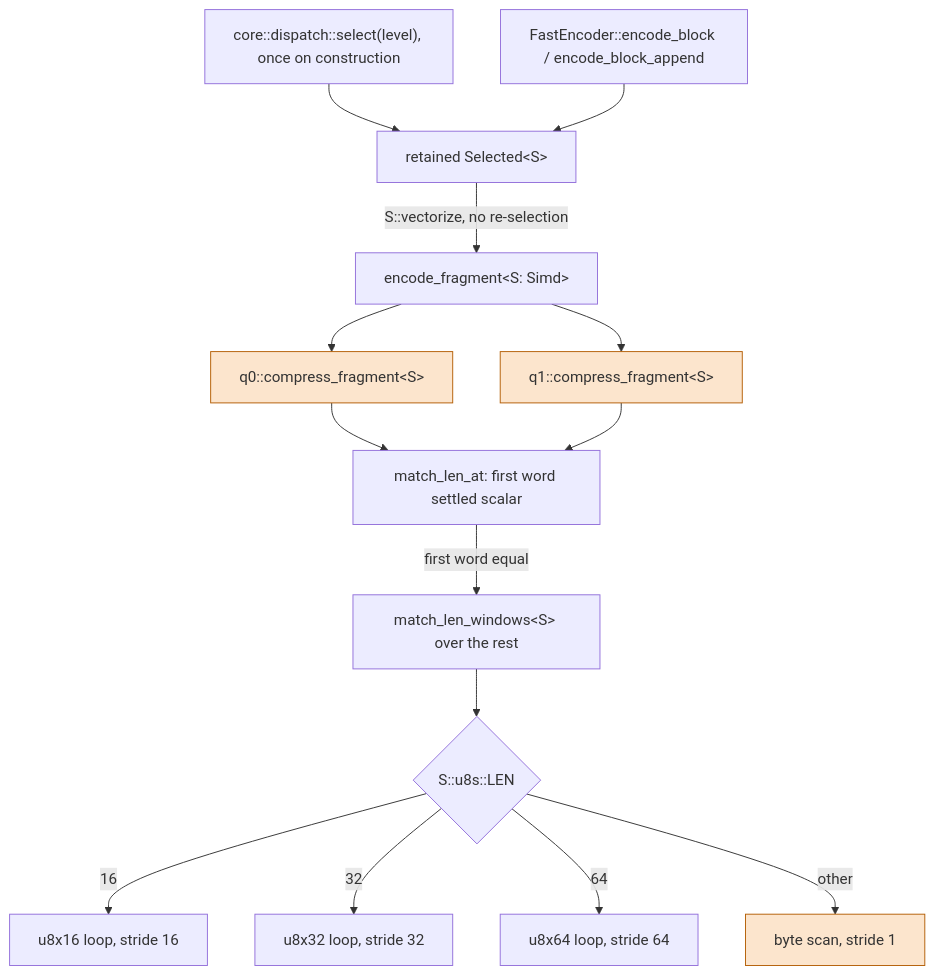
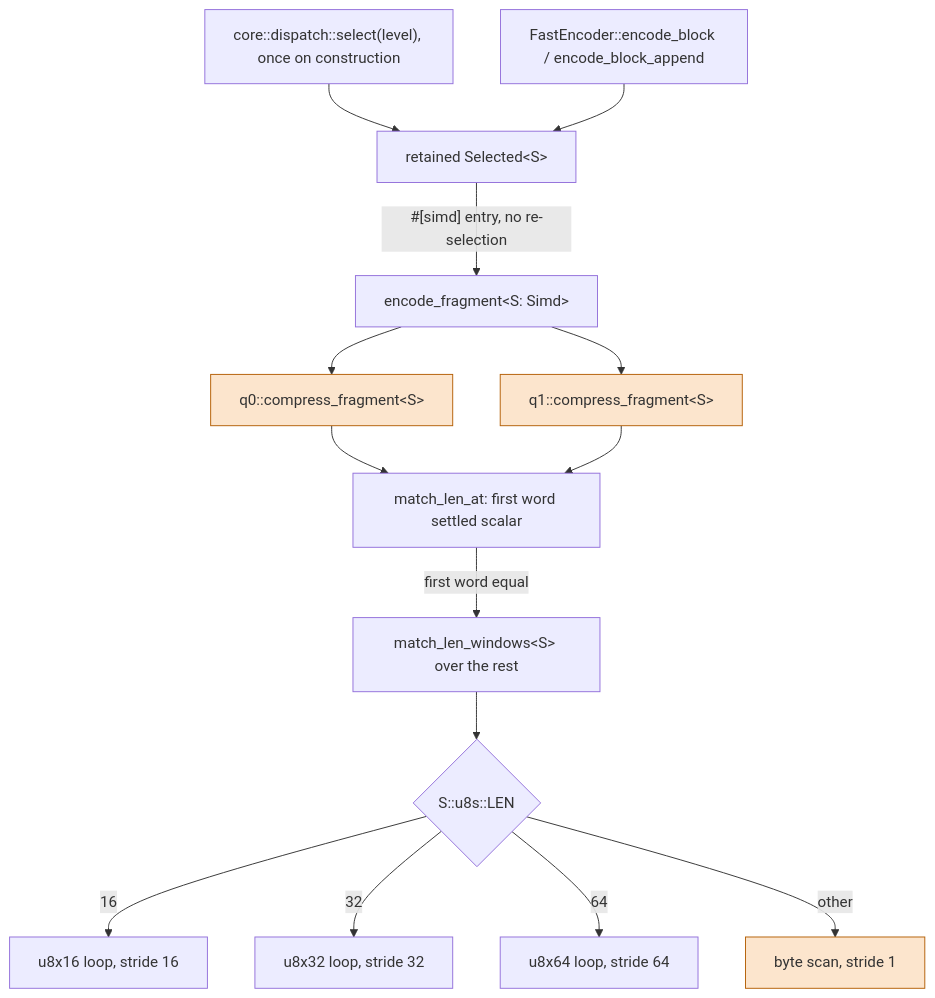
Before and after one commit to M-Compressors/mbrotli: the ninth of 10 diagrams in architecture/fast-encoder.md, drawn with Mermaid. The commit also changed other lines of this file and 21 other files, not shown here.

````diff
--- a/architecture/fast-encoder.md
+++ b/architecture/fast-encoder.md
@@ -328,19 +328,19 @@
 ```mermaid
 graph TD
     select["core::dispatch::select(level), once on construction"] --> kernel["retained Selected&lt;S&gt;"]
     A["FastEncoder::encode_block / encode_block_append"] --> kernel
-    kernel -->|"S::vectorize, no re-selection"| B["encode_fragment&lt;S: Simd&gt;"]
+    kernel -->|"#[simd] entry, no re-selection"| B["encode_fragment&lt;S: Simd&gt;"]
     B --> C["q0::compress_fragment&lt;S&gt;"]
     B --> D["q1::compress_fragment&lt;S&gt;"]
     C --> E0["match_len_at: first word settled scalar"]
     D --> E0
     E0 -->|"first word equal"| E["match_len_windows&lt;S&gt; over the rest"]
     E --> F{"S::u8s::LEN"}
     F -->|16| G["u8x16 loop, stride 16"]
     F -->|32| H["u8x32 loop, stride 32"]
     F -->|64| I["u8x64 loop, stride 64"]
     F -->|other| J["byte scan, stride 1"]
 
     classDef scalar fill:#fce5cd,stroke:#b45f06;
     class C,D,J scalar;
 ```
````
